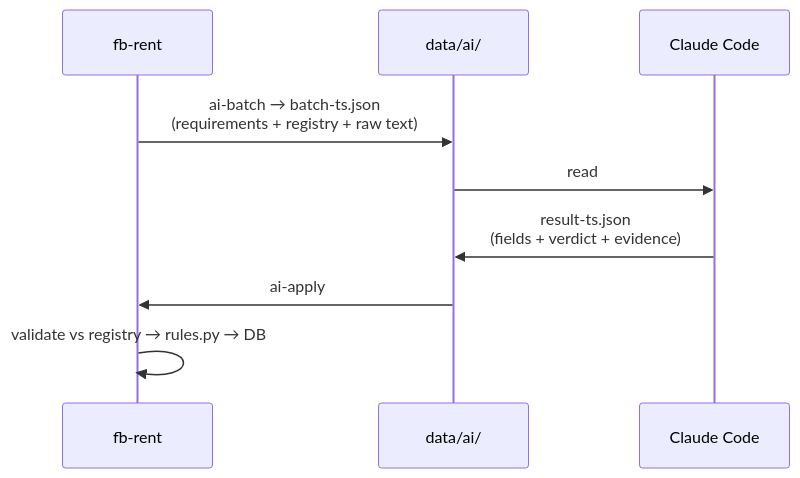
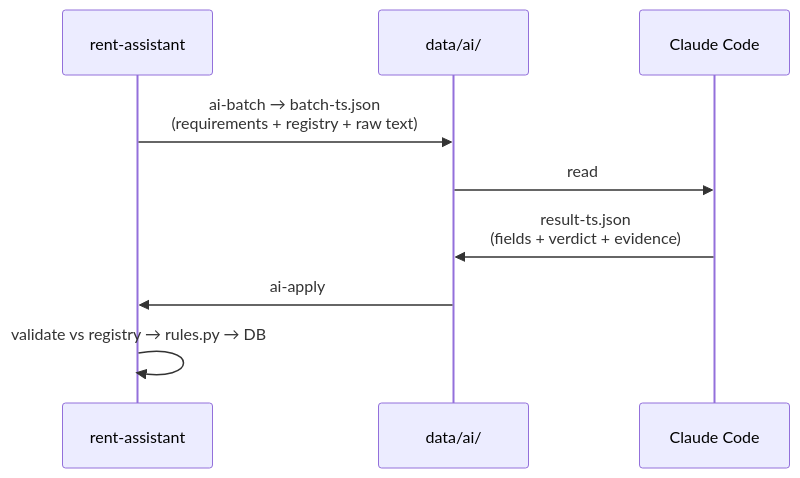
Before and after one commit to bayanovea/ai-rent-assistant: the diagram in docs/diagrams/batch-contract.mmd, drawn with Mermaid. The commit also changed 68 other files, not shown here.

First line of the commit message:
refactor: rename the package, CLI and env vars to rent-assistant

```diff
--- a/docs/diagrams/batch-contract.mmd
+++ b/docs/diagrams/batch-contract.mmd
@@ -1,9 +1,9 @@
 sequenceDiagram
-    participant CLI as fb-rent
+    participant CLI as rent-assistant
     participant FS as data/ai/
     participant AI as Claude Code
     CLI->>FS: ai-batch → batch-ts.json<br/>(requirements + registry + raw text)
     FS->>AI: read
     AI->>FS: result-ts.json<br/>(fields + verdict + evidence)
     FS->>CLI: ai-apply
     CLI->>CLI: validate vs registry → rules.py → DB
```
